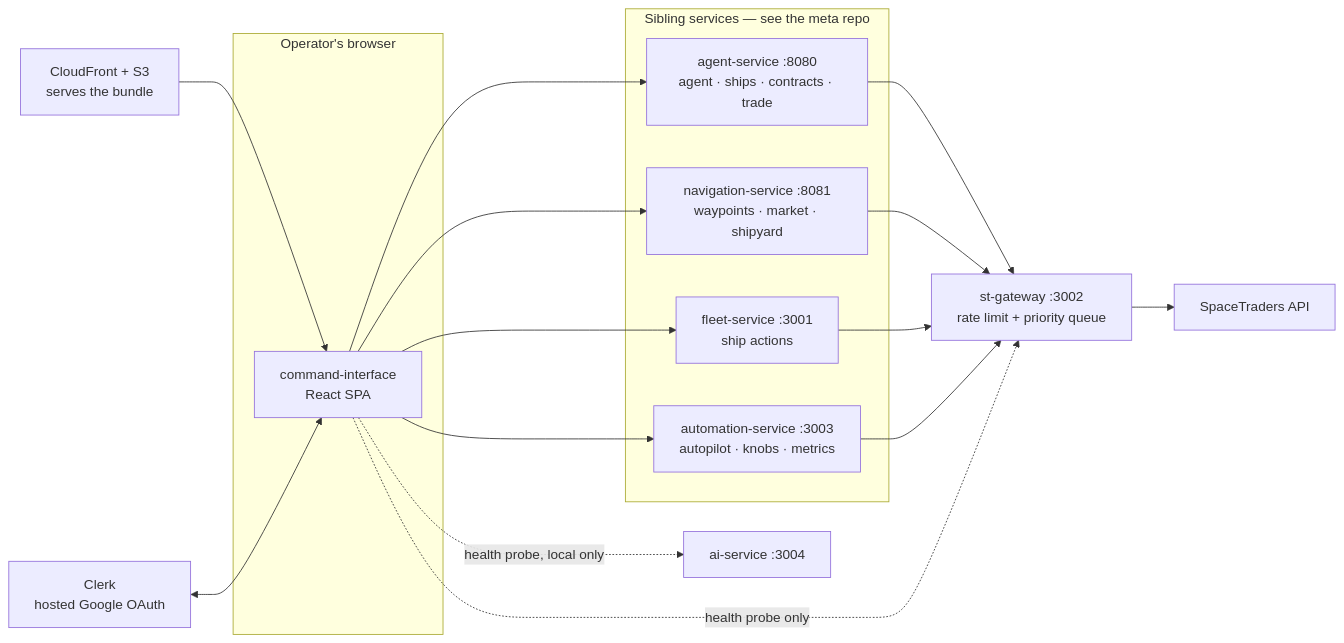
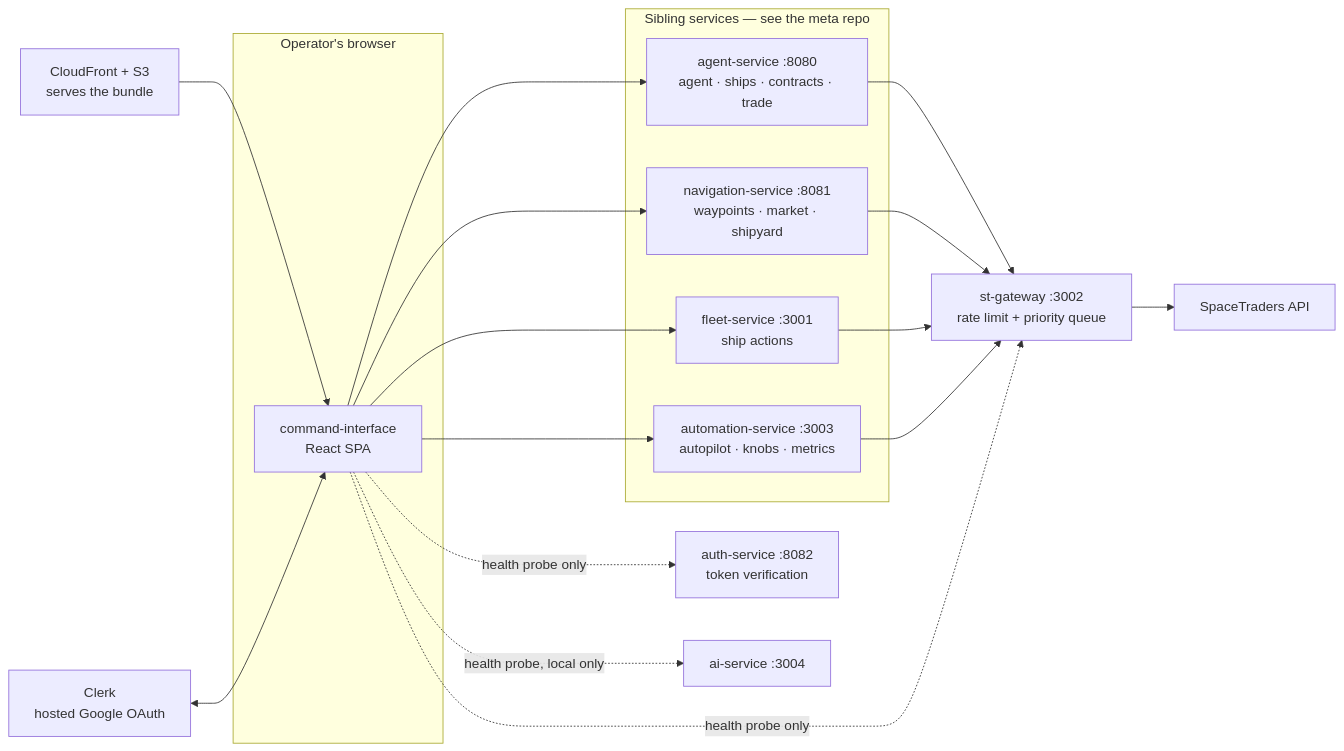
The first of 4 diagrams in README.md (V-M-Pioneer-Trading/command-interface), drawn with Mermaid before and after one commit. The commit also changed other lines of this file and 5 other files, not shown here.

First line of the commit message:
Show auth-service in SystemStatus

````diff
--- a/README.md
+++ b/README.md
@@ -23,22 +23,23 @@
 ```mermaid
 flowchart LR
     cf["CloudFront + S3<br/>serves the bundle"] --> app
     clerk["Clerk<br/>hosted Google OAuth"] <--> app
 
     subgraph browser["Operator's browser"]
         app["command-interface<br/>React SPA"]
     end
 
     subgraph backends["Sibling services — see the meta repo"]
         agent["agent-service :8080<br/>agent · ships · contracts · trade"]
         nav["navigation-service :8081<br/>waypoints · market · shipyard"]
         fleet["fleet-service :3001<br/>ship actions"]
         auto["automation-service :3003<br/>autopilot · knobs · metrics"]
     end
 
     app --> agent & nav & fleet & auto
     agent & nav & fleet & auto --> gw["st-gateway :3002<br/>rate limit + priority queue"]
     gw --> st["SpaceTraders API"]
     app -. "health probe only" .-> gw
+    app -. "health probe only" .-> auth["auth-service :8082<br/>token verification"]
     app -. "health probe, local only" .-> ai["ai-service :3004"]
 ```
````
